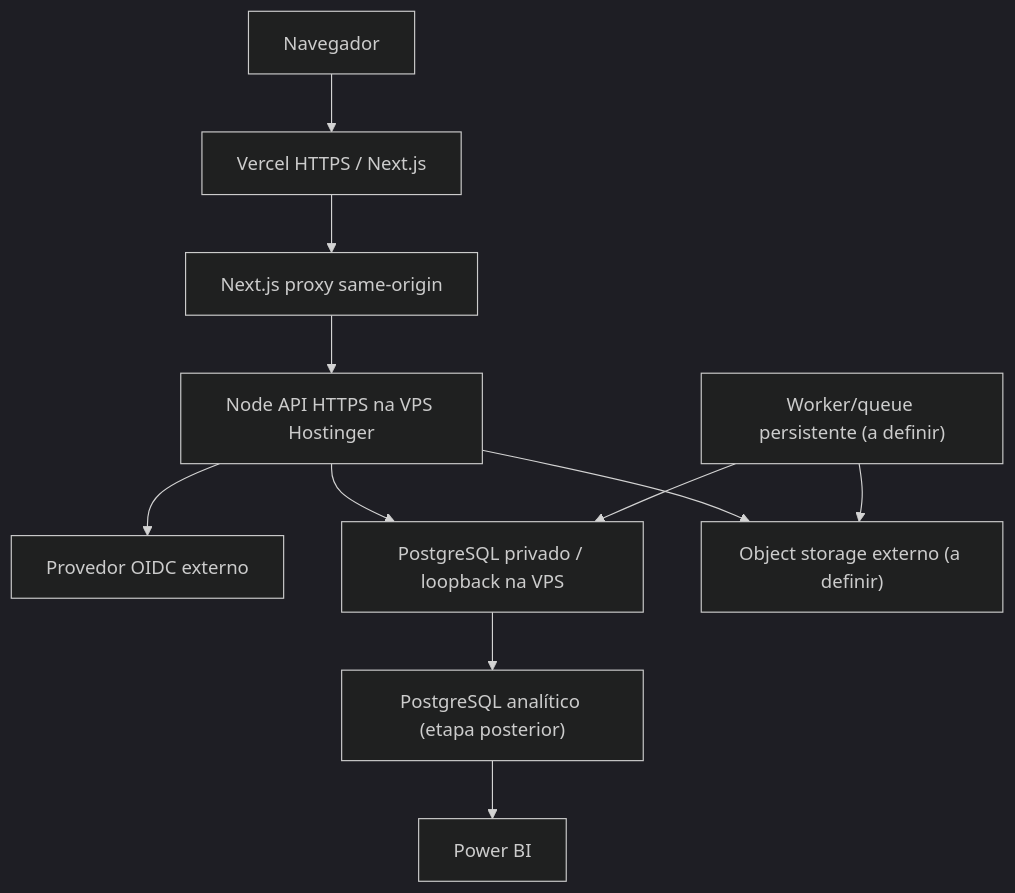
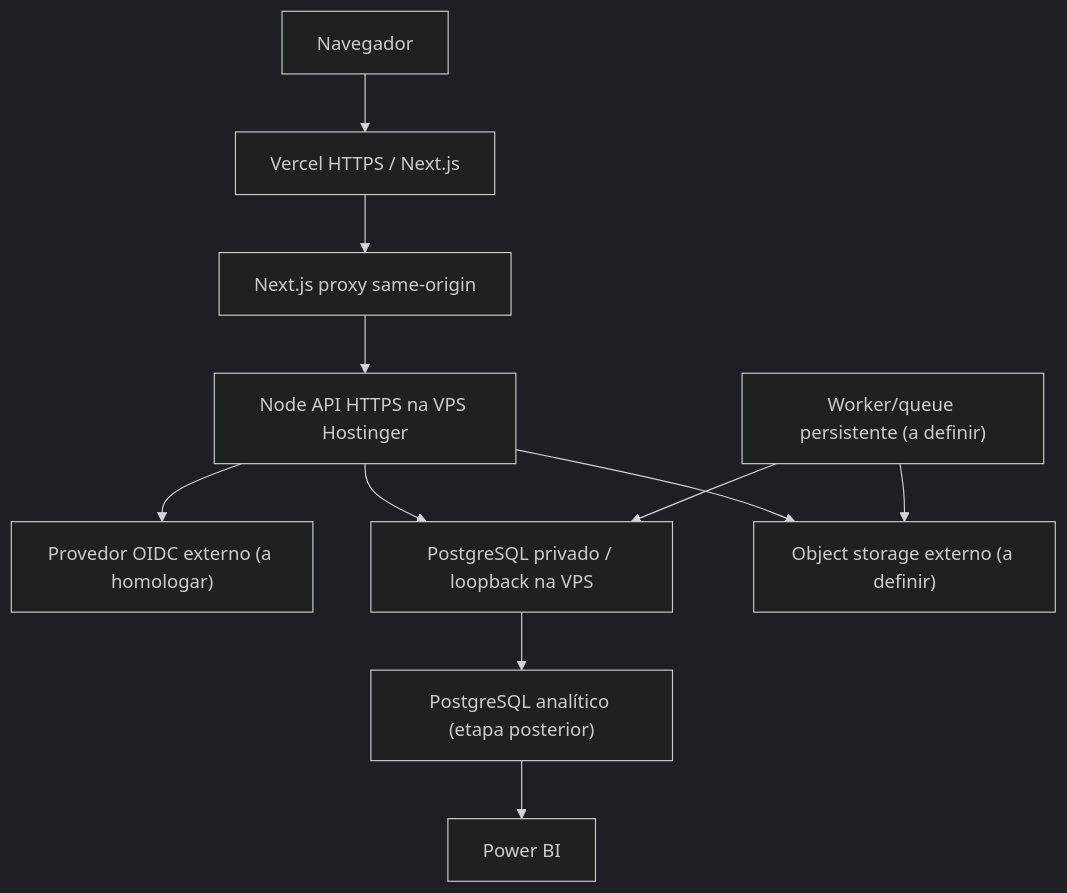
One commit to comexeletra/ERP_comex changed the first of 4 diagrams in Plano_Implementacao_ERP_PO_TOTVS.md. Above: the diagram before and after it, drawn with Mermaid (dark theme). The commit also changed other lines of this file and 6 other files, not shown here.

````diff
--- a/Plano_Implementacao_ERP_PO_TOTVS.md
+++ b/Plano_Implementacao_ERP_PO_TOTVS.md
@@ -218,13 +216,13 @@
 ```mermaid
 flowchart TD
   U["Navegador"] --> V["Vercel HTTPS / Next.js"]
   V --> R["Next.js proxy same-origin"]
   R --> N["Node API HTTPS na VPS Hostinger"]
-  N --> O["Provedor OIDC externo"]
+  N --> O["Provedor OIDC externo (a homologar)"]
   N --> P["PostgreSQL privado / loopback na VPS"]
   N --> S["Object storage externo (a definir)"]
   Q["Worker/queue persistente (a definir)"] --> P
   Q --> S
   P --> D["PostgreSQL analítico (etapa posterior)"]
   D --> BI["Power BI"]
 ```
````
